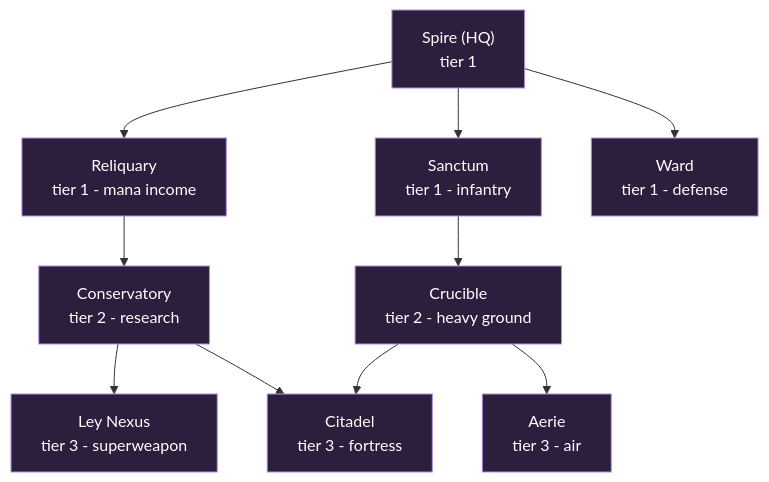
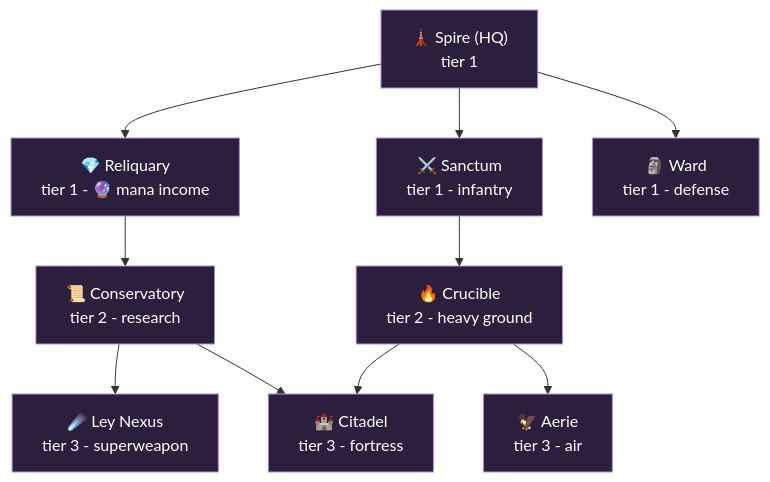
Before and after one commit to RubenTipparach/rts-99-jam: the first of 2 diagrams in docs/tech-tree.md, drawn with Mermaid. The commit also changed other lines of this file and 1 other file, not shown here.

````diff
--- a/docs/tech-tree.md
+++ b/docs/tech-tree.md
@@ -113,25 +129,25 @@
 ```mermaid
 graph TD
-    Spire["Spire (HQ)<br/>tier 1"]
-    Reliquary["Reliquary<br/>tier 1 - mana income"]
-    Sanctum["Sanctum<br/>tier 1 - infantry"]
-    Ward["Ward<br/>tier 1 - defense"]
-    Crucible["Crucible<br/>tier 2 - heavy ground"]
-    Conservatory["Conservatory<br/>tier 2 - research"]
-    Aerie["Aerie<br/>tier 3 - air"]
-    Citadel["Citadel<br/>tier 3 - fortress"]
-    LeyNexus["Ley Nexus<br/>tier 3 - superweapon"]
+    Spire["🗼 Spire (HQ)<br/>tier 1"]
+    Reliquary["💎 Reliquary<br/>tier 1 - 🔮 mana income"]
+    Sanctum["⚔️ Sanctum<br/>tier 1 - infantry"]
+    Ward["🗿 Ward<br/>tier 1 - defense"]
+    Crucible["🔥 Crucible<br/>tier 2 - heavy ground"]
+    Conservatory["📜 Conservatory<br/>tier 2 - research"]
+    Aerie["🦅 Aerie<br/>tier 3 - air"]
+    Citadel["🏰 Citadel<br/>tier 3 - fortress"]
+    LeyNexus["☄️ Ley Nexus<br/>tier 3 - superweapon"]
 
     Spire --> Reliquary
     Spire --> Sanctum
     Spire --> Ward
     Sanctum --> Crucible
     Reliquary --> Conservatory
     Crucible --> Aerie
     Crucible --> Citadel
     Conservatory --> Citadel
     Conservatory --> LeyNexus
 
     classDef astro fill:#2c1e3d,stroke:#b48ad9,color:#fff;
     class Spire,Reliquary,Sanctum,Ward,Crucible,Conservatory,Aerie,Citadel,LeyNexus astro;
 ```
````
